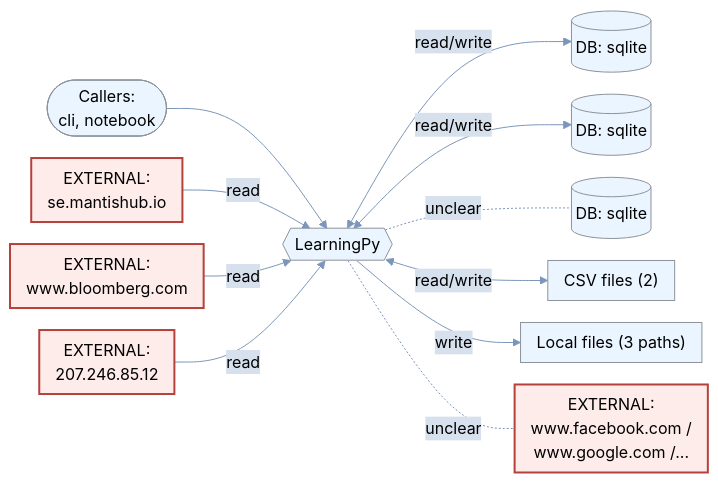
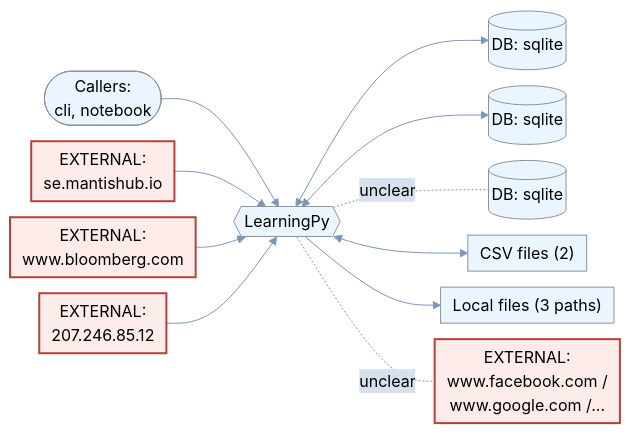
One commit to johnzastrow/Roux7375Testresults changed diagram 12 of 42 in outputs/johnzastrow_Summary.md. Above: the diagram before and after it, drawn with Mermaid. The commit also changed other lines of this file, not shown here.

First line of the commit message:
Enlarge data flow diagram text for letter-size printing

````diff
--- a/outputs/johnzastrow_Summary.md
+++ b/outputs/johnzastrow_Summary.md
@@ -1056,26 +1056,26 @@
 ```mermaid
-%%{init: {"theme":"base","flowchart":{"useMaxWidth":true,"nodeSpacing":22,"rankSpacing":45,"padding":8},"themeVariables":{"background":"#ffffff","primaryColor":"#ebf5ff","primaryTextColor":"#000000","primaryBorderColor":"#8c939b","lineColor":"#7c96bb","secondaryColor":"#d7e1ee","tertiaryColor":"#c3d2e5","fontFamily":"\"Inter\", \"Noto Sans SC\", sans-serif","fontSize":"14","pie1":"#b4413c","pie2":"#d9893b","pie3":"#7c96bb","pie4":"#73A78D","pie5":"#CB9B7A","pie6":"#6B8CAE","pie7":"#c3d2e5","pie8":"#8c939b"}}}%%
+%%{init: {"theme":"base","flowchart":{"useMaxWidth":true,"nodeSpacing":16,"rankSpacing":38,"padding":6},"themeVariables":{"background":"#ffffff","primaryColor":"#ebf5ff","primaryTextColor":"#000000","primaryBorderColor":"#8c939b","lineColor":"#7c96bb","secondaryColor":"#d7e1ee","tertiaryColor":"#c3d2e5","fontFamily":"\"Inter\", \"Noto Sans SC\", sans-serif","fontSize":"17","pie1":"#b4413c","pie2":"#d9893b","pie3":"#7c96bb","pie4":"#73A78D","pie5":"#CB9B7A","pie6":"#6B8CAE","pie7":"#c3d2e5","pie8":"#8c939b"}}}%%
 flowchart LR
     APP{{"LearningPy"}}
     U(["Callers:<br>cli, notebook"]) --> APP
     D1[("DB: sqlite")]
-    APP <-->|read/write| D1
+    APP <--> D1
     D2[("DB: sqlite")]
-    APP <-->|read/write| D2
+    APP <--> D2
     D3[("DB: sqlite")]
     APP -.-|unclear| D3
     O4["CSV files (2)"]
-    APP <-->|read/write| O4
+    APP <--> O4
     F5["Local files (3 paths)"]
-    APP -->|write| F5
+    APP --> F5
     E6["EXTERNAL:<br>se.mantishub.io"]
-    E6 -->|read| APP
+    E6 --> APP
     E7["EXTERNAL:<br>www.bloomberg.com"]
-    E7 -->|read| APP
+    E7 --> APP
     E8["EXTERNAL:<br>207.246.85.12"]
-    E8 -->|read| APP
+    E8 --> APP
     E9["EXTERNAL:<br>www.facebook.com /<br>www.google.com /..."]
     APP -.-|unclear| E9
     class E6,E7,E8,E9 ext
     classDef ext fill:#fdecea,stroke:#b4413c,stroke-width:2px,color:#000000
 ```
````
